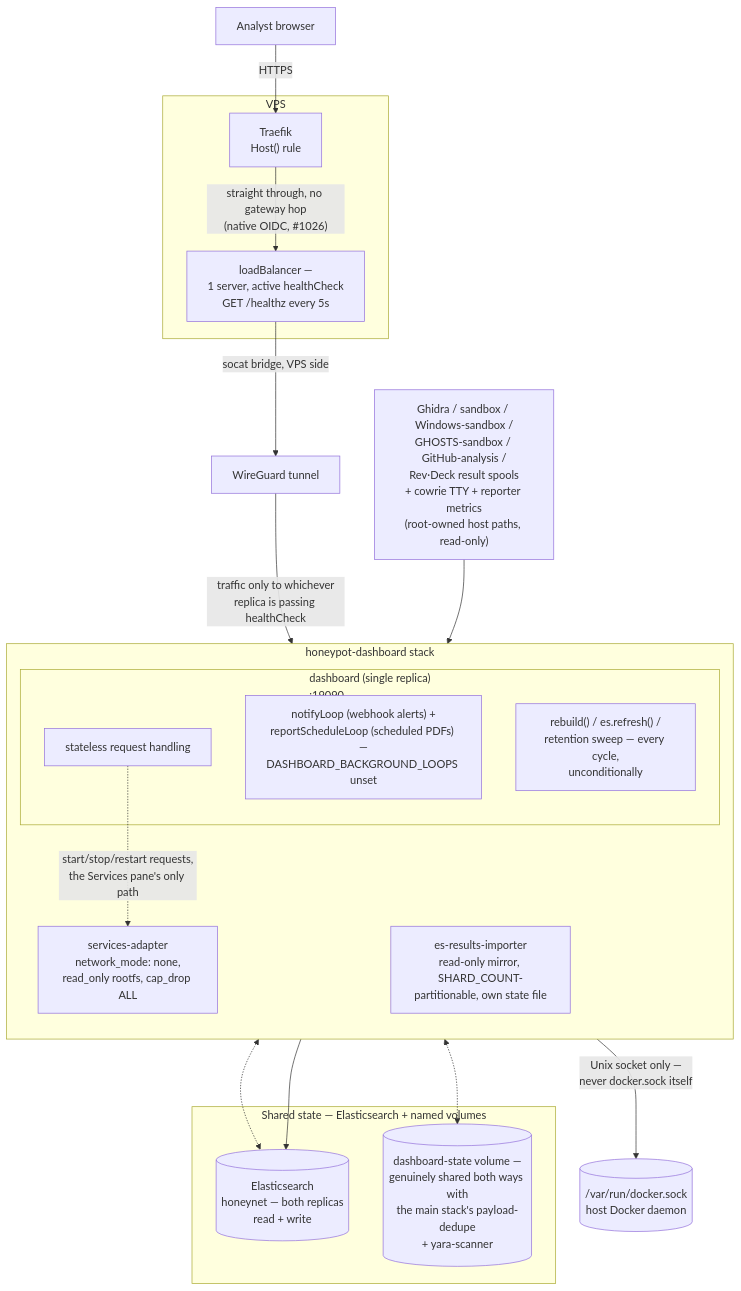
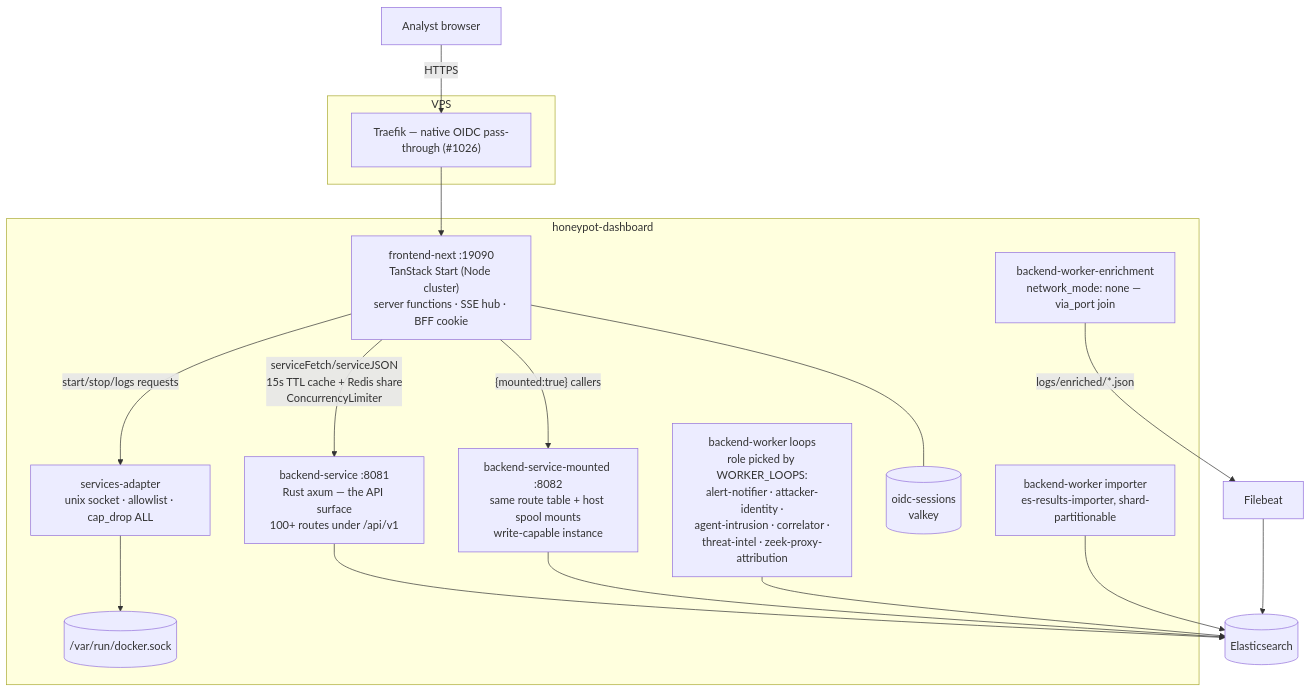
Before and after one commit to Xore/APIARY: the second of 4 diagrams in docs/ARCHITECTURE.md, drawn with Mermaid. The commit also changed other lines of this file and 5 other files, not shown here.

````diff
--- a/docs/ARCHITECTURE.md
+++ b/docs/ARCHITECTURE.md
@@ -450,44 +107,30 @@
 ```mermaid
 flowchart TB
   analyst["Analyst browser"]
 
-  subgraph vps["VPS"]
-    traefik["Traefik<br/>Host() rule"]
-    lb["loadBalancer —<br/>1 server, active healthCheck<br/>GET /healthz every 5s"]
+  subgraph vps2["VPS"]
+    t["Traefik — native OIDC pass-through (#1026)"]
   end
 
-  wg["WireGuard tunnel"]
-
-  subgraph dashStack["honeypot-dashboard stack"]
-    direction TB
-    subgraph primary["dashboard (single replica)<br/>:19090"]
-      primaryReq["stateless request handling"]
-      primaryLoops["notifyLoop (webhook alerts) +<br/>reportScheduleLoop (scheduled PDFs) —<br/>DASHBOARD_BACKGROUND_LOOPS unset"]
-      primaryRebuild["rebuild() / es.refresh() /<br/>retention sweep — every cycle,<br/>unconditionally"]
-    end
-    importer["es-results-importer<br/>read-only mirror, SHARD_COUNT-<br/>partitionable, own state file"]
-    adapter["services-adapter<br/>network_mode: none,<br/>read_only rootfs, cap_drop ALL"]
+  subgraph stack["honeypot-dashboard"]
+    fe["frontend-next :19090<br/>TanStack Start (Node cluster)<br/>server functions · SSE hub · BFF cookie"]
+    bs["backend-service :8081<br/>Rust axum — the API surface<br/>100+ routes under /api/v1"]
+    bsm["backend-service-mounted :8082<br/>same route table + host spool mounts<br/>write-capable instance"]
+    loops["backend-worker loops<br/>role picked by WORKER_LOOPS:<br/>alert-notifier · attacker-identity ·<br/>agent-intrusion · correlator ·<br/>threat-intel · zeek-proxy-attribution"]
+    imp["backend-worker importer<br/>es-results-importer, shard-partitionable"]
+    enr["backend-worker-enrichment<br/>network_mode: none — via_port join"]
+    redis[("oidc-sessions<br/>valkey")]
+    adapter["services-adapter<br/>unix socket · allowlist · cap_drop ALL"]
+    sock[("/var/run/docker.sock")]
   end
 
-  subgraph shared["Shared state — Elasticsearch + named volumes"]
-    es[("Elasticsearch<br/>honeynet — both replicas<br/>read + write")]
-    dashState[("dashboard-state volume —<br/>genuinely shared both ways with<br/>the main stack's payload-dedupe<br/>+ yara-scanner")]
-  end
+  es[("Elasticsearch")]
 
-  resultDirs["Ghidra / sandbox / Windows-sandbox /<br/>GHOSTS-sandbox / GitHub-analysis /<br/>Rev·Deck result spools<br/>+ cowrie TTY + reporter metrics<br/>(root-owned host paths, read-only)"]
-
-  dockerSock[("/var/run/docker.sock<br/>host Docker daemon")]
-
-  analyst -->|"HTTPS"| traefik
-  traefik -->|"straight through, no gateway hop<br/>(native OIDC, #1026)"| lb
-  lb -->|"socat bridge, VPS side"| wg
-  wg -->|"traffic only to whichever<br/>replica is passing healthCheck"| primaryReq
-
-  primaryReq <-.-> es
-  primaryReq <-.-> dashState
-
-  resultDirs --> importer --> es
-
-  primaryReq -.->|"start/stop/restart requests,<br/>the Services pane's only path"| adapter
-  adapter -->|"Unix socket only —<br/>never docker.sock itself"| dockerSock
+  analyst -->|"HTTPS"| t --> fe
+  fe -->|"serviceFetch/serviceJSON<br/>15s TTL cache + Redis share<br/>ConcurrencyLimiter"| bs
+  fe -->|"{mounted:true} callers"| bsm
+  fe --- redis
+  bs & bsm & loops & imp --> es
+  enr -->|"logs/enriched/*.json"| fb2["Filebeat"] --> es
+  fe -->|"start/stop/logs requests"| adapter --> sock
 ```
````
